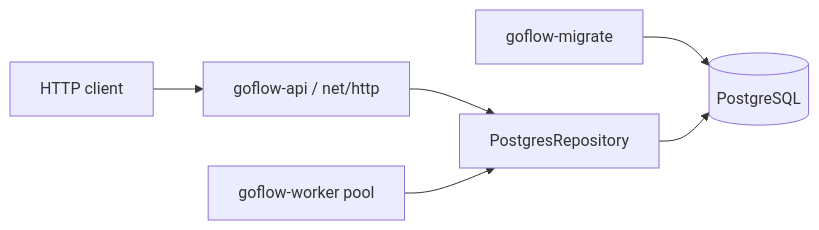
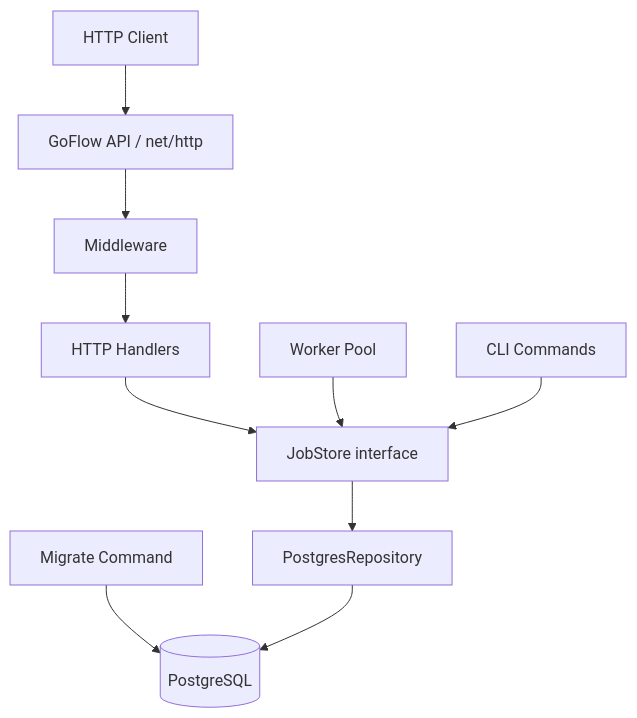
One commit to Kaushik-2005/GoFlow changed the first of 2 diagrams in README.md. Above: the diagram before and after it, drawn with Mermaid. The commit also changed other lines of this file and 8 other files, not shown here.

````diff
--- a/README.md
+++ b/README.md
@@ -145,8 +24,12 @@
 ```mermaid
-flowchart LR
-    Client[HTTP client] --> API[goflow-api / net/http]
-    API --> Repo[PostgresRepository]
-    Worker[goflow-worker pool] --> Repo
-    Migrate[goflow-migrate] --> DB[(PostgreSQL)]
+flowchart TD
+    Client[HTTP Client] --> API[GoFlow API / net/http]
+    API --> Middleware[Middleware]
+    Middleware --> Handler[HTTP Handlers]
+    Handler --> Store[JobStore interface]
+    Worker[Worker Pool] --> Store
+    CLI[CLI Commands] --> Store
+    Migrate[Migrate Command] --> DB[(PostgreSQL)]
+    Store --> Repo[PostgresRepository]
     Repo --> DB
 ```
````
